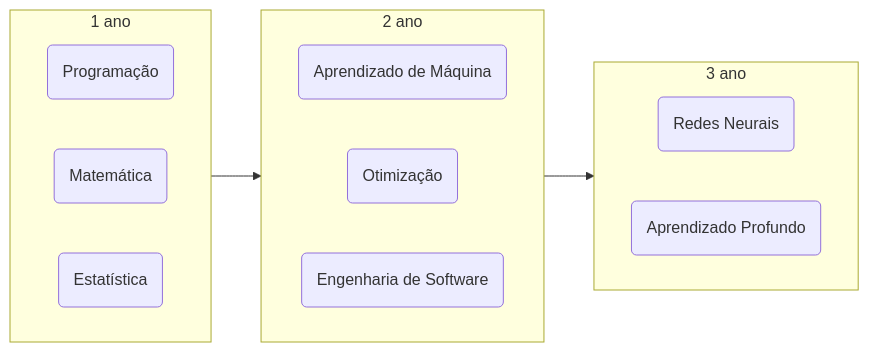
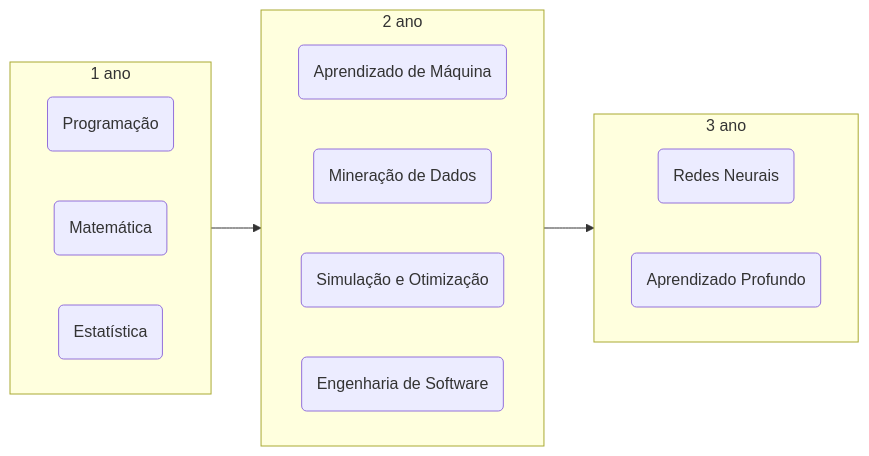
Before and after one commit to olucaslopes/PUC: the diagram in README.md, drawn with Mermaid.

````diff
--- a/README.md
+++ b/README.md
@@ -4,22 +4,23 @@
 ```mermaid
 flowchart LR
     one-->two
     two-->three
     subgraph three["3 ano"]
     direction LR
     c1("Redes Neurais")
     c2("<a href='http://google.com' style='color: inherit;text-decoration: inherit;'>Aprendizado Profundo</a>")
     end
     subgraph two["2 ano"]
     direction LR
     b1("Aprendizado de Máquina")
-    b2("Otimização")
-    b3("Engenharia de Software")
+    b2("<a href='./Mineração%20de%20Dados' style='color: inherit;text-decoration: inherit;'>Mineração de Dados</a>")
+    b3("Simulação e Otimização")
+    b4("Engenharia de Software")
     end
     subgraph one["1 ano"]
     direction LR
     a1("Programação")
     a2("Matemática")
     a3("Estatística")
     end
 ```
````
